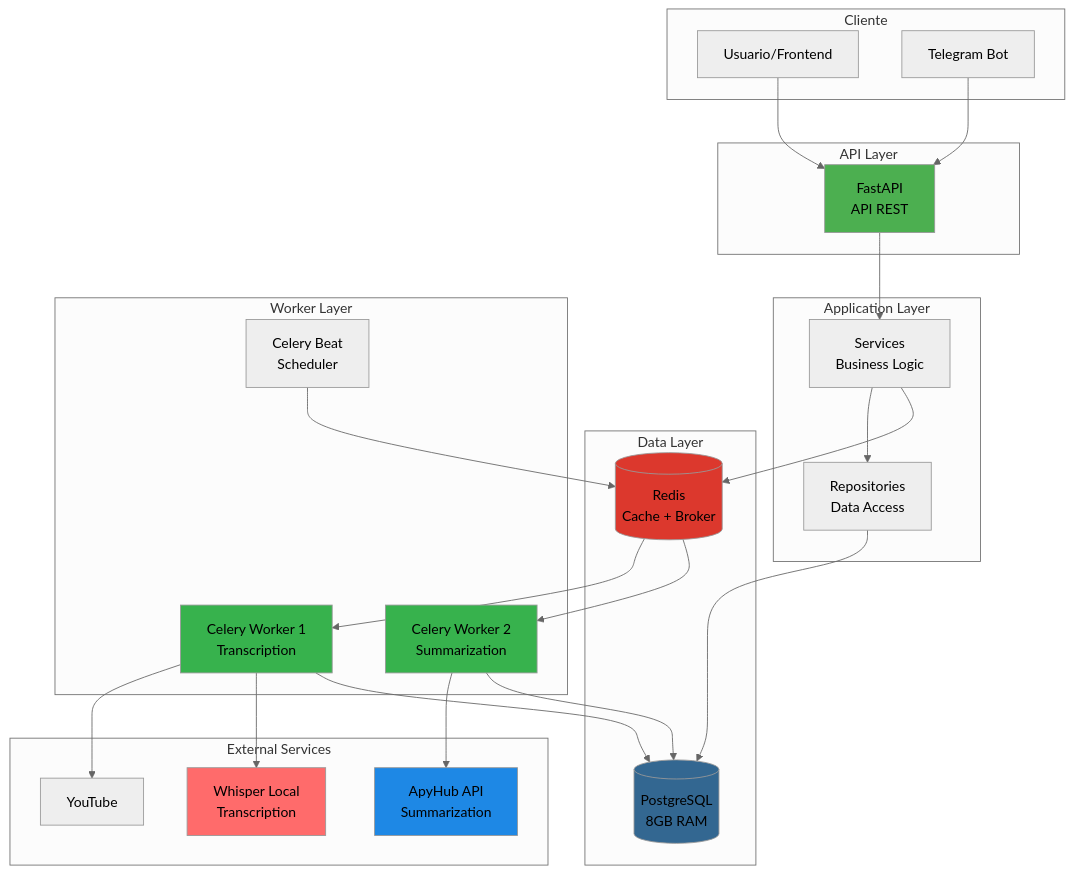
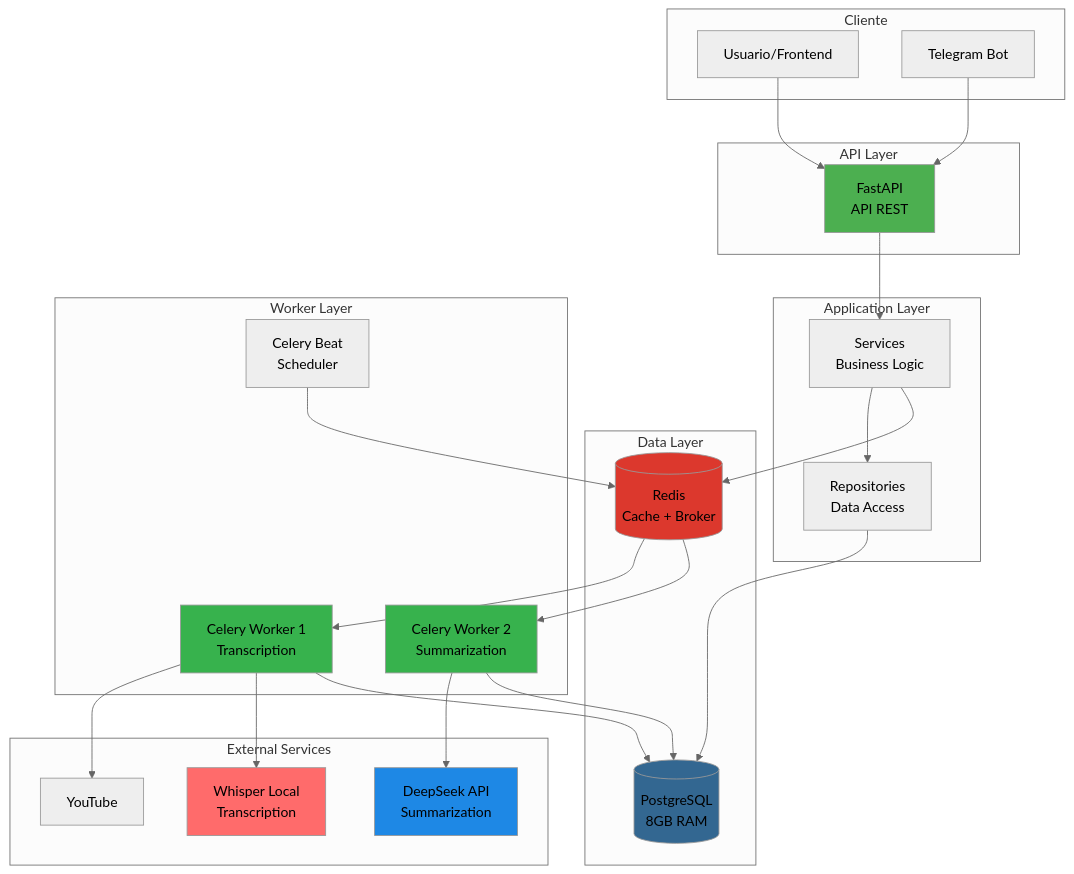
Before and after one commit to Prodelaya/youtube-AIsummary: the first of 7 diagrams in docs/architecture.md, drawn with Mermaid (neutral theme). The commit also changed other lines of this file and 3 other files, not shown here.

First line of the commit message:
docs: add ADR-009 for DeepSeek migration

````diff
--- a/docs/architecture.md
+++ b/docs/architecture.md
@@ -187,59 +187,59 @@
 ```mermaid
 graph TB
     subgraph "Cliente"
         USER[Usuario/Frontend]
         TGBOT[Telegram Bot]
     end
 
     subgraph "API Layer"
         API[FastAPI<br/>API REST]
     end
 
     subgraph "Application Layer"
         SERVICES[Services<br/>Business Logic]
         REPOS[Repositories<br/>Data Access]
     end
 
     subgraph "Data Layer"
         PG[(PostgreSQL<br/>8GB RAM)]
         REDIS[(Redis<br/>Cache + Broker)]
     end
 
     subgraph "Worker Layer"
         WORKER1[Celery Worker 1<br/>Transcription]
         WORKER2[Celery Worker 2<br/>Summarization]
         BEAT[Celery Beat<br/>Scheduler]
     end
 
     subgraph "External Services"
         YT[YouTube]
-        APYHUB[ApyHub API<br/>Summarization]
+        DEEPSEEK[DeepSeek API<br/>Summarization]
         WHISPER[Whisper Local<br/>Transcription]
     end
 
     USER --> API
     TGBOT --> API
     API --> SERVICES
     SERVICES --> REPOS
     REPOS --> PG
     SERVICES --> REDIS
 
     BEAT --> REDIS
     REDIS --> WORKER1
     REDIS --> WORKER2
 
     WORKER1 --> YT
     WORKER1 --> WHISPER
     WORKER1 --> PG
 
-    WORKER2 --> APYHUB
+    WORKER2 --> DEEPSEEK
     WORKER2 --> PG
 
     style API fill:#4CAF50
     style PG fill:#336791
     style REDIS fill:#DC382D
     style WORKER1 fill:#37B24D
     style WORKER2 fill:#37B24D
     style WHISPER fill:#FF6B6B
-    style APYHUB fill:#1E88E5
+    style DEEPSEEK fill:#1E88E5
 ```
````
